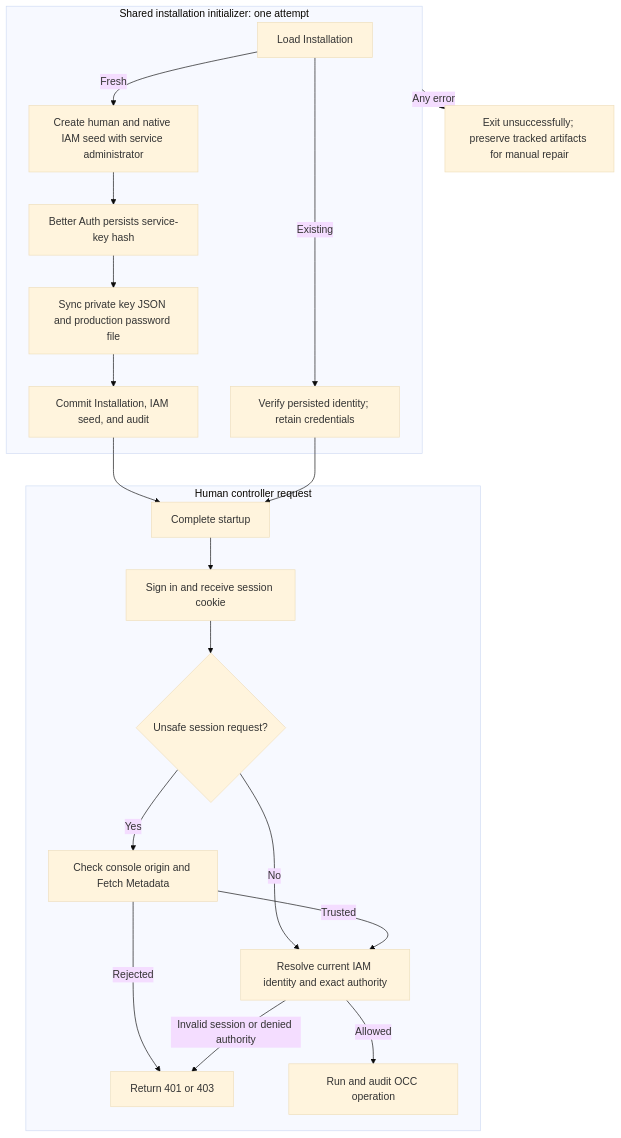
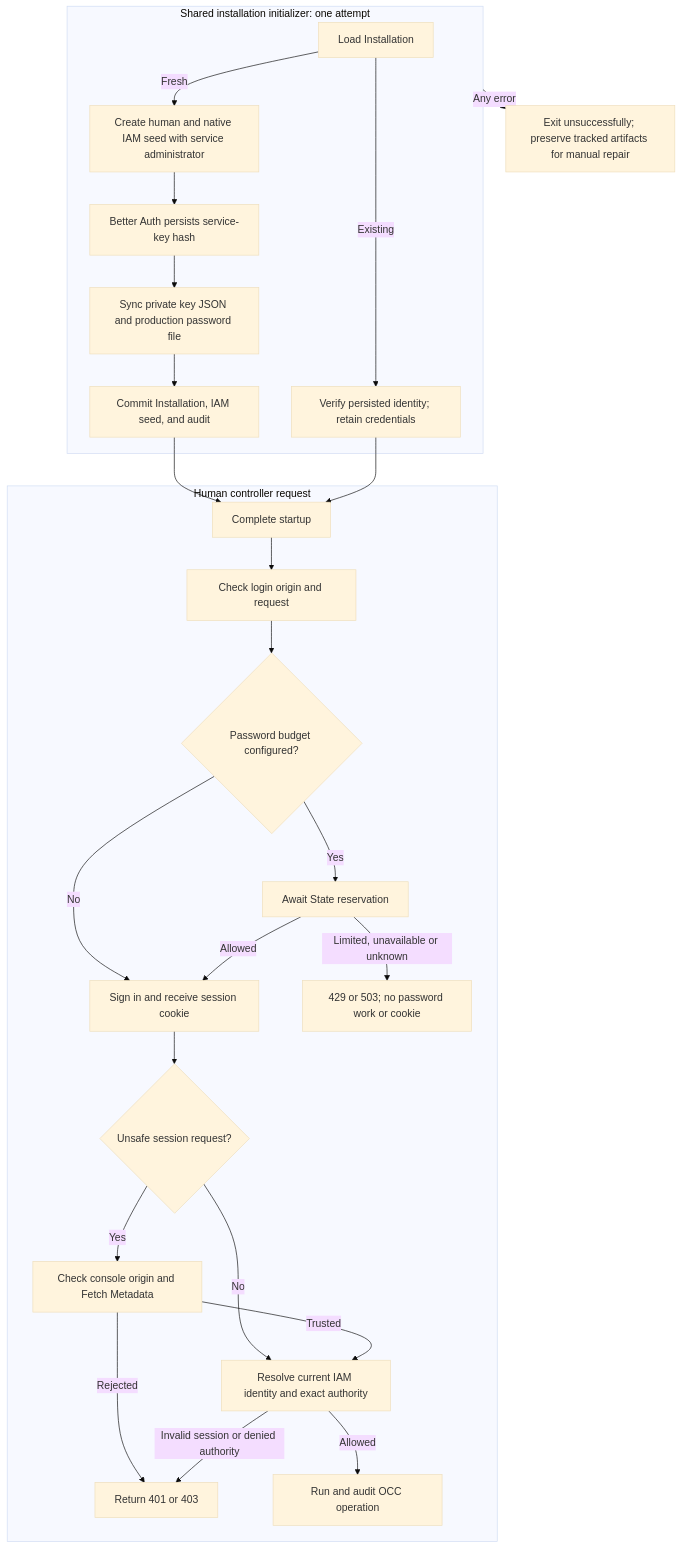
The diagram in docs/flows/local-password-authentication.md (SebTardif/openclaw-enterprise), drawn with Mermaid (base theme) before and after one commit. The commit also changed other lines of this file and 10 other files, not shown here.

````diff
--- a/docs/flows/local-password-authentication.md
+++ b/docs/flows/local-password-authentication.md
@@ -34,23 +34,28 @@
 ```mermaid
 graph TD
   subgraph Bootstrap["Shared installation initializer: one attempt"]
     A["Load Installation"] -->|Existing| B["Verify persisted identity; retain credentials"]
     A -->|Fresh| C["Create human and native IAM seed with service administrator"]
     C --> D["Better Auth persists service-key hash"]
     D --> E["Sync private key JSON and production password file"]
     E --> F["Commit Installation, IAM seed, and audit"]
   end
   F --> G["Complete startup"]
   B --> G
   Bootstrap -->|Any error| H["Exit unsuccessfully; preserve tracked artifacts for manual repair"]
   subgraph Request["Human controller request"]
-    G --> J["Sign in and receive session cookie"]
+    G --> P["Check login origin and request"]
+    P --> Q{"Password budget configured?"}
+    Q -->|No| J["Sign in and receive session cookie"]
+    Q -->|Yes| R["Await State reservation"]
+    R -->|Allowed| J
+    R -->|Limited, unavailable or unknown| S["429 or 503; no password work or cookie"]
     J --> N{"Unsafe session request?"}
     N -->|Yes| O["Check console origin and Fetch Metadata"]
     N -->|No| K["Resolve current IAM identity and exact authority"]
     O -->|Trusted| K
     O -->|Rejected| M
     K -->|Allowed| L["Run and audit OCC operation"]
     K -->|Invalid session or denied authority| M["Return 401 or 403"]
   end
 ```
````
